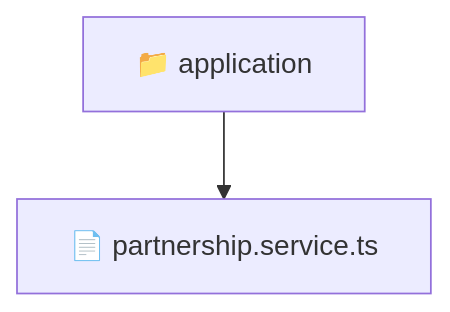
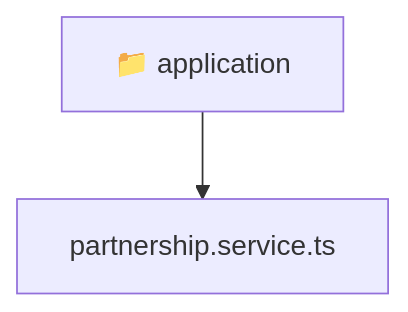
The diagram in backend/src/modules/partnership/application/README.md (beginwebdev2002/fullstack-mavluda), drawn with Mermaid before and after one commit. The commit also changed other lines of this file and 167 other files, not shown here.

````diff
--- a/backend/src/modules/partnership/application/README.md
+++ b/backend/src/modules/partnership/application/README.md
@@ -9,5 +9,6 @@
 ```mermaid
 graph TD
-  Root["📁 application"]
-  Root --> partnership_service_ts["📄 partnership.service.ts"]
+  Root_application["📁 application"]
+  f_partnership_service_ts["partnership.service.ts"]
+  Root_application --> f_partnership_service_ts
 ```
````
